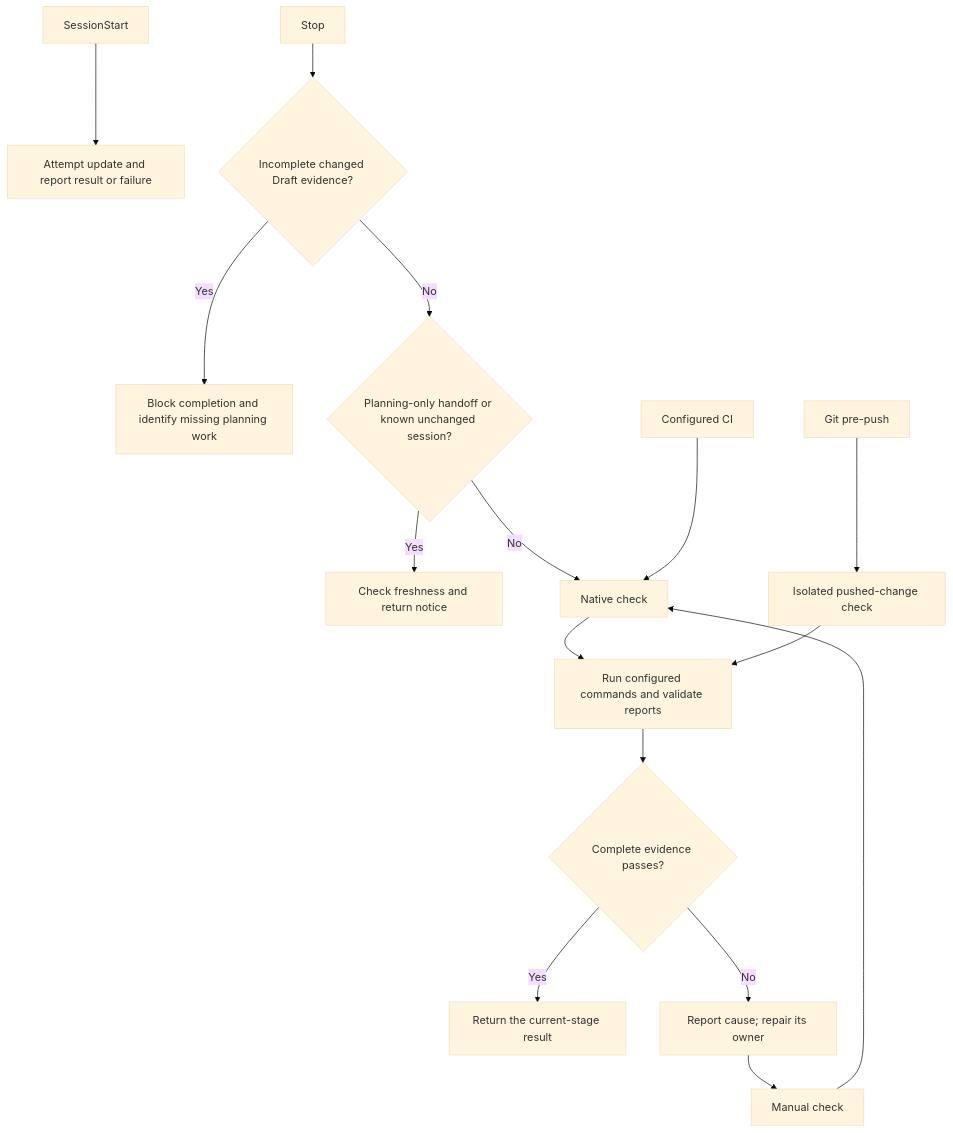
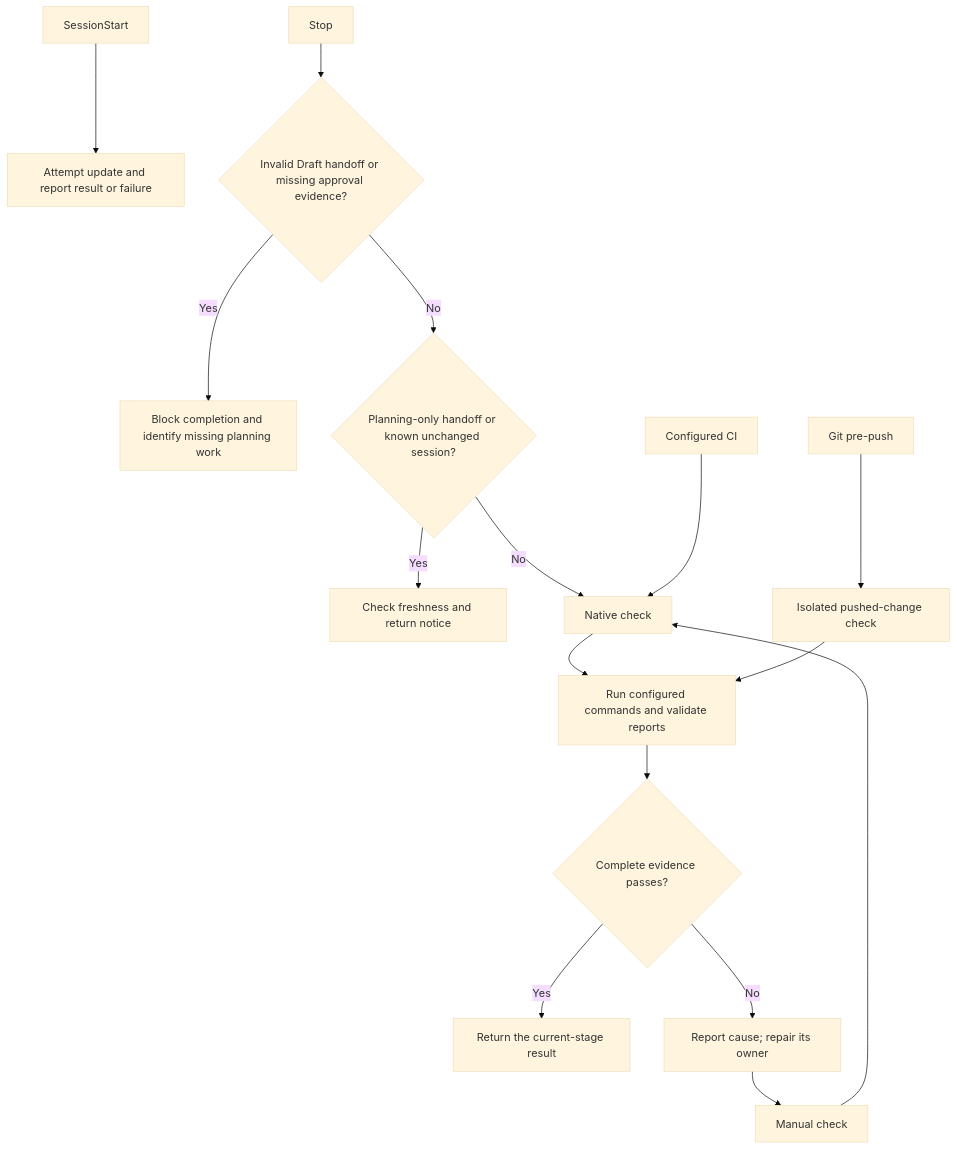
The seventh of 7 diagrams in README.md (sgaabdu4/hard-eng), drawn with Mermaid (base theme) before and after one commit. The commit also changed other lines of this file and 13 other files, not shown here.

````diff
--- a/README.md
+++ b/README.md
@@ -220,18 +222,18 @@
 ```mermaid
 flowchart TD
   A[SessionStart] --> B[Attempt update and report result or failure]
-  C[Stop] --> D{Incomplete changed Draft evidence?}
+  C[Stop] --> D{Invalid Draft handoff or missing approval evidence?}
   D -->|Yes| F[Block completion and identify missing planning work]
   D -->|No| P{Planning-only handoff or known unchanged session?}
   P -->|Yes| E[Check freshness and return notice]
   P -->|No| G[Native check]
   H[Manual check] --> G
   I[Git pre-push] --> J[Isolated pushed-change check]
   K[Configured CI] --> G
   G --> L[Run configured commands and validate reports]
   J --> L
   L --> M{Complete evidence passes?}
   M -->|Yes| N[Return the current-stage result]
   M -->|No| O[Report cause; repair its owner]
   O --> H
 ```
````
